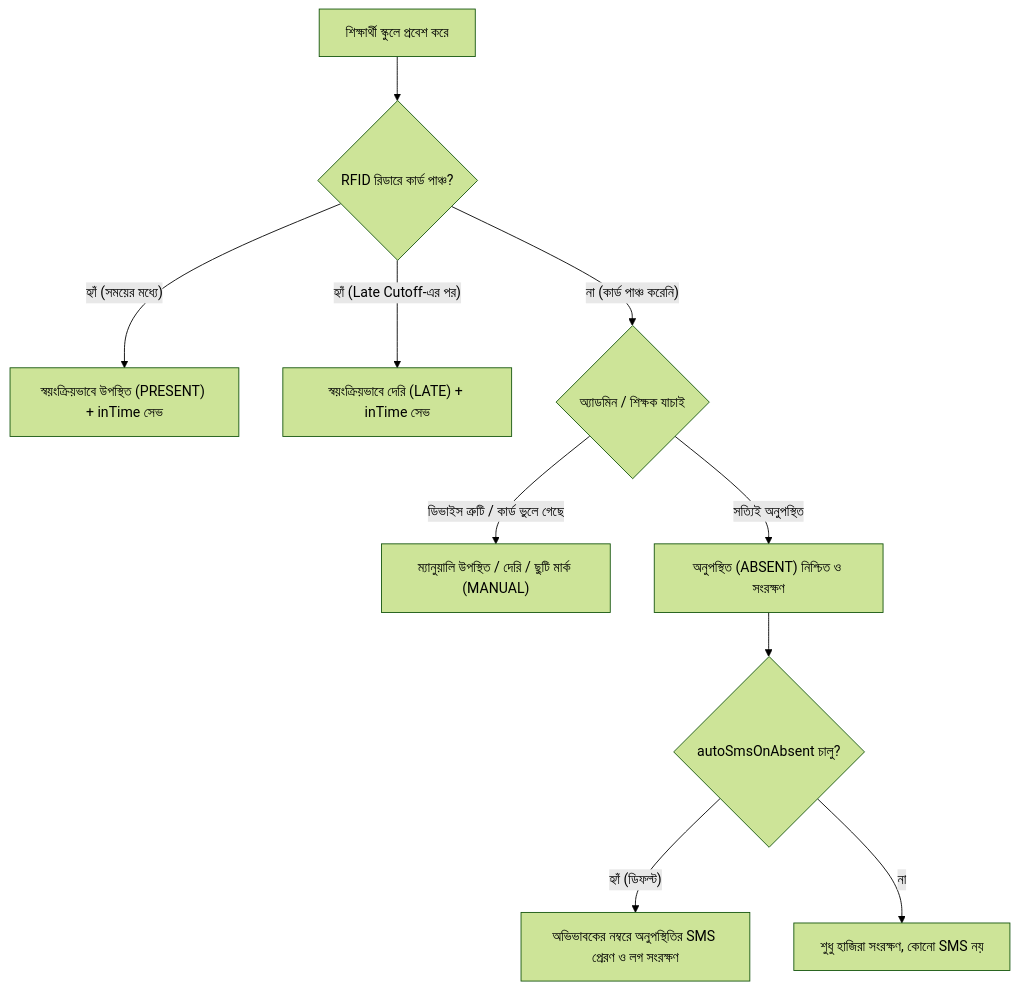
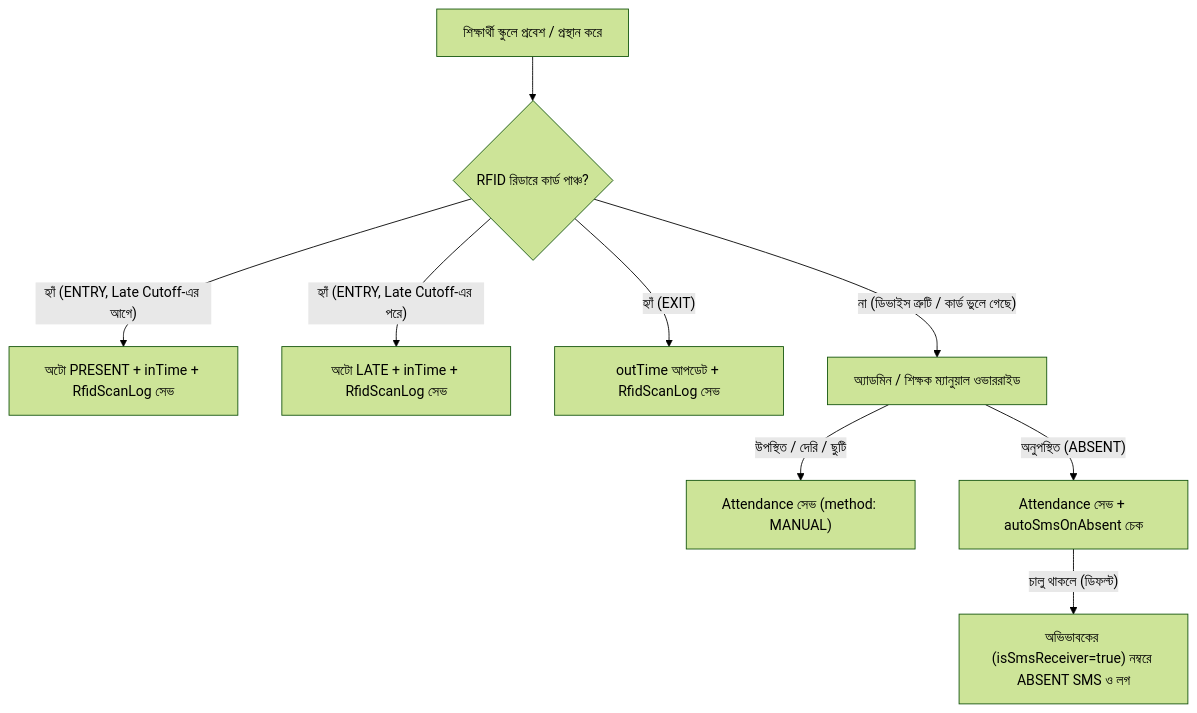
One commit to Qyltavex-Solutions-BD/bhs-edu-frontend changed the diagram in docs/attendance-and-sms-guide.md. Above: the diagram before and after it, drawn with Mermaid (forest theme). The commit also changed other lines of this file and 9 other files, not shown here.

Commit message:
feat(attendance): integrate real attendance & SMS APIs, standardize 16px/14px typography, and update guide

````diff
--- a/docs/attendance-and-sms-guide.md
+++ b/docs/attendance-and-sms-guide.md
@@ -11,12 +11,11 @@
 ```mermaid
 flowchart TD
-    A["শিক্ষার্থী স্কুলে প্রবেশ করে"] --> B{"RFID রিডারে কার্ড পাঞ্চ?"}
-    B -- "হ্যাঁ (সময়ের মধ্যে)" --> C["স্বয়ংক্রিয়ভাবে উপস্থিত (PRESENT) + inTime সেভ"]
-    B -- "হ্যাঁ (Late Cutoff-এর পর)" --> D["স্বয়ংক্রিয়ভাবে দেরি (LATE) + inTime সেভ"]
-    B -- "না (কার্ড পাঞ্চ করেনি)" --> E{"অ্যাডমিন / শিক্ষক যাচাই"}
-    E -- "ডিভাইস ত্রুটি / কার্ড ভুলে গেছে" --> F["ম্যানুয়ালি উপস্থিত / দেরি / ছুটি মার্ক (MANUAL)"]
-    E -- "সত্যিই অনুপস্থিত" --> G["অনুপস্থিত (ABSENT) নিশ্চিত ও সংরক্ষণ"]
-    G --> H{"autoSmsOnAbsent চালু?"}
-    H -- "হ্যাঁ (ডিফল্ট)" --> I["অভিভাবকের নম্বরে অনুপস্থিতির SMS প্রেরণ ও লগ সংরক্ষণ"]
-    H -- "না" --> J["শুধু হাজিরা সংরক্ষণ, কোনো SMS নয়"]
+    A["শিক্ষার্থী স্কুলে প্রবেশ / প্রস্থান করে"] --> B{"RFID রিডারে কার্ড পাঞ্চ?"}
+    B -- "হ্যাঁ (ENTRY, Late Cutoff-এর আগে)" --> C["অটো PRESENT + inTime + RfidScanLog সেভ"]
+    B -- "হ্যাঁ (ENTRY, Late Cutoff-এর পরে)" --> D["অটো LATE + inTime + RfidScanLog সেভ"]
+    B -- "হ্যাঁ (EXIT)" --> E["outTime আপডেট + RfidScanLog সেভ"]
+    B -- "না (ডিভাইস ত্রুটি / কার্ড ভুলে গেছে)" --> F["অ্যাডমিন / শিক্ষক ম্যানুয়াল ওভাররাইড"]
+    F -- "উপস্থিত / দেরি / ছুটি" --> G["Attendance সেভ (method: MANUAL)"]
+    F -- "অনুপস্থিত (ABSENT)" --> H["Attendance সেভ + autoSmsOnAbsent চেক"]
+    H -- "চালু থাকলে (ডিফল্ট)" --> I["অভিভাবকের (isSmsReceiver=true) নম্বরে ABSENT SMS ও লগ"]
 ```
````
